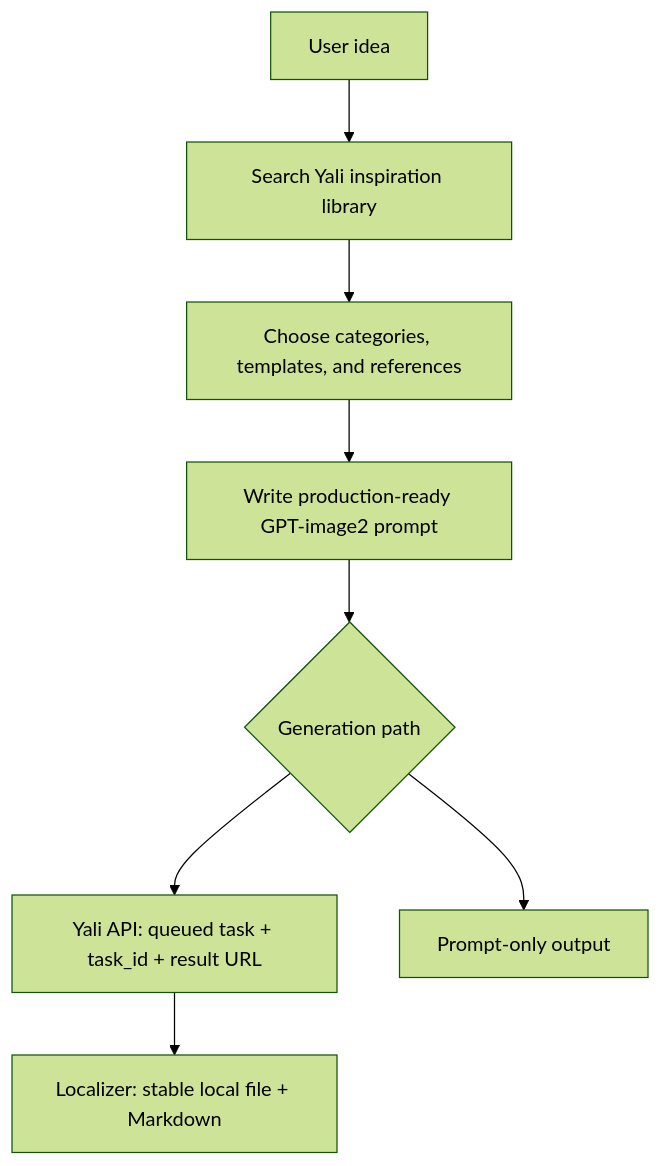
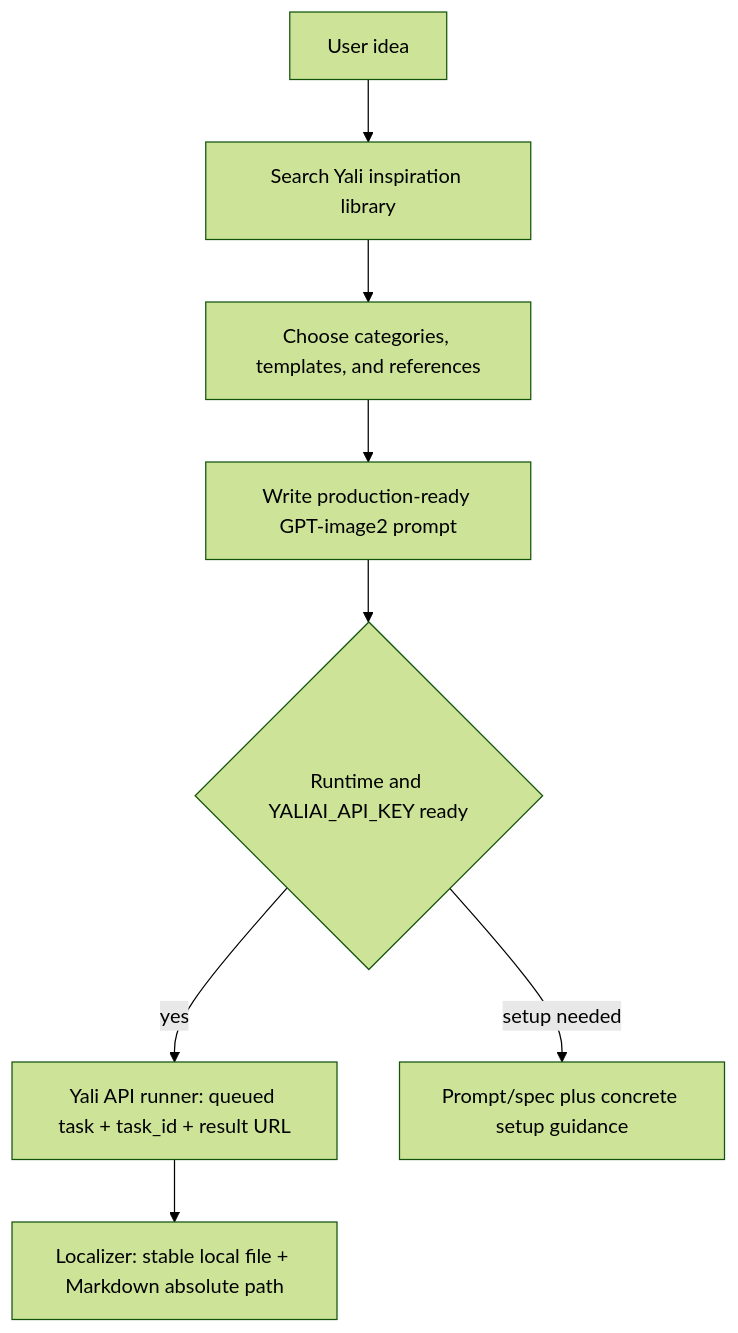
One commit to pptt121212/yaliai-gpt-image-2-inspiration changed the diagram in README.md. Above: the diagram before and after it, drawn with Mermaid (forest theme). The commit also changed other lines of this file and 26 other files, not shown here.

````diff
--- a/README.md
+++ b/README.md
@@ -128,10 +128,10 @@
 ```mermaid
 flowchart TD
   A["User idea"] --> B["Search Yali inspiration library"]
   B --> C["Choose categories, templates, and references"]
   C --> D["Write production-ready GPT-image2 prompt"]
-  D --> E{"Generation path"}
-  E --> F["Yali API: queued task + task_id + result URL"]
-  F --> G["Localizer: stable local file + Markdown"]
-  E --> H["Prompt-only output"]
+  D --> E{"Runtime and YALIAI_API_KEY ready"}
+  E -->|yes| F["Yali API runner: queued task + task_id + result URL"]
+  F --> G["Localizer: stable local file + Markdown absolute path"]
+  E -->|setup needed| H["Prompt/spec plus concrete setup guidance"]
 ```
````
